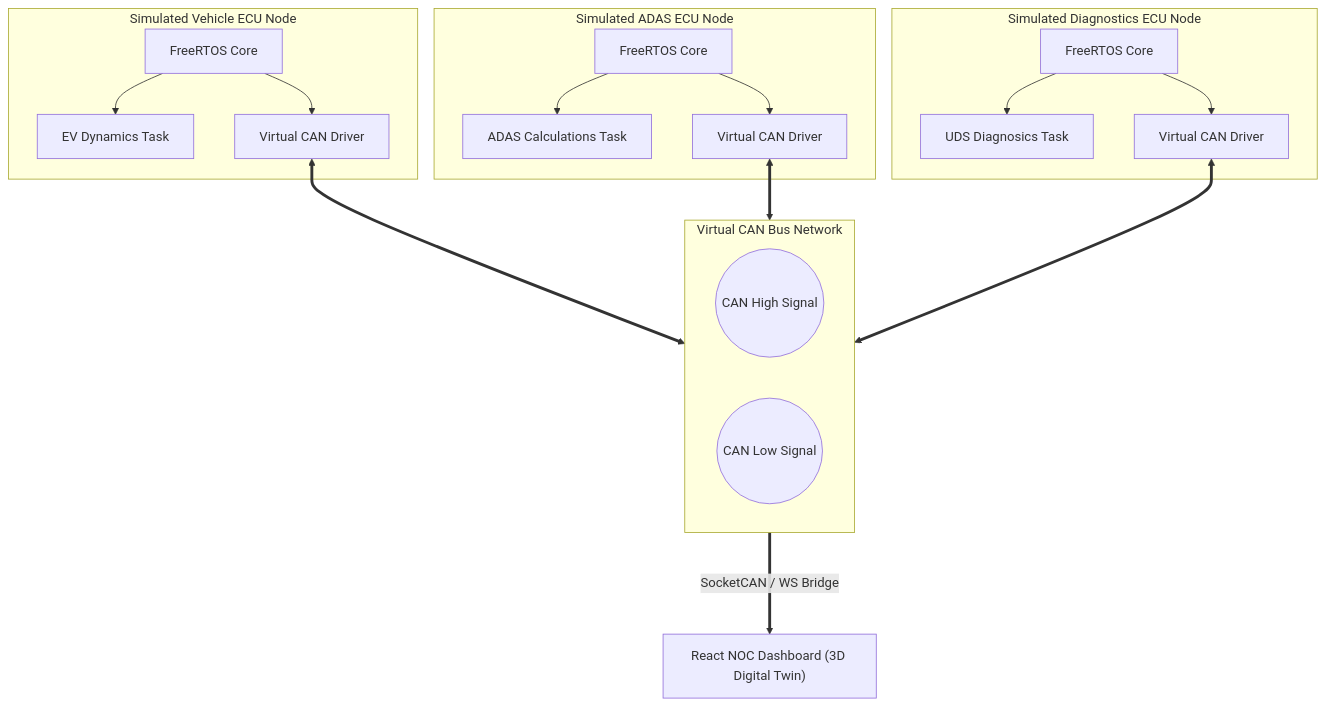
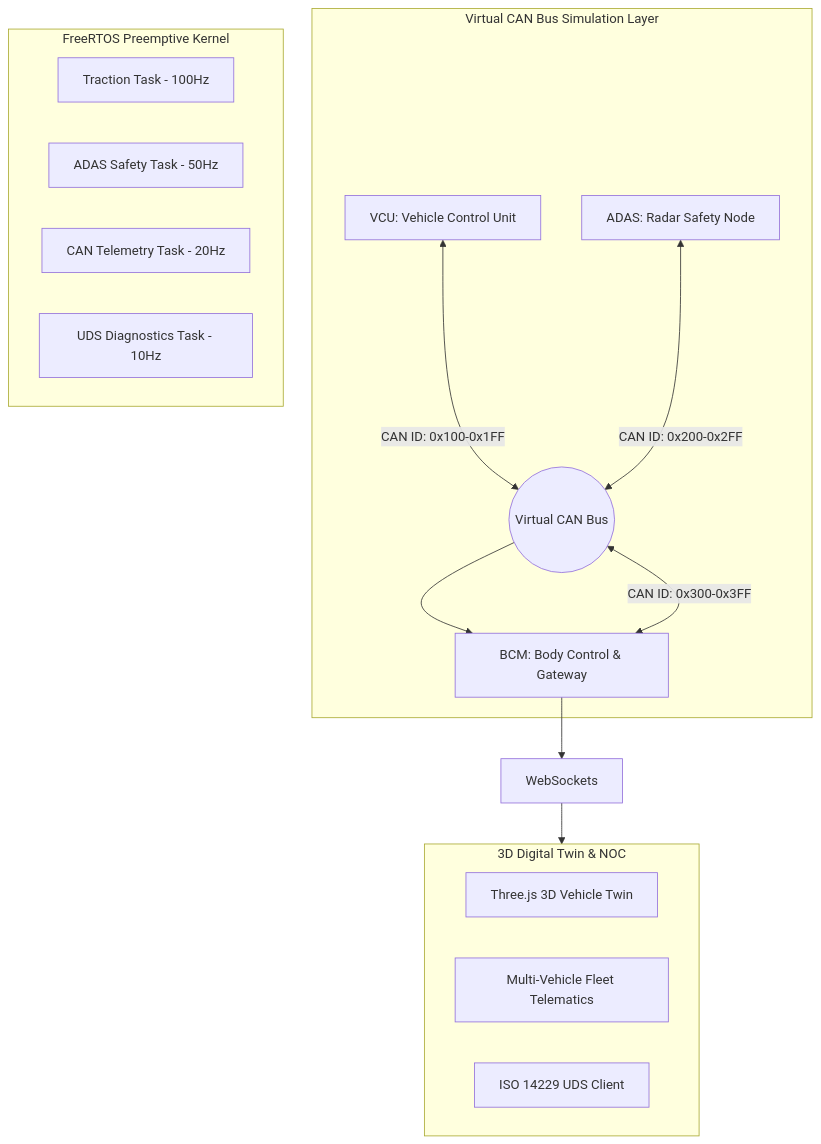
One commit to ahana4banerjee/ev_adas_dashboard changed the third of 3 diagrams in ROADMAP.md. Above: the diagram before and after it, drawn with Mermaid. The commit also changed other lines of this file, not shown here.

First line of the commit message:
docs(roadmap): update strategic evolution roadmap marking Phase 2 as completed

````diff
--- a/ROADMAP.md
+++ b/ROADMAP.md
@@ -140,36 +139,23 @@
 ```mermaid
-flowchart TB
-    subgraph V_CAN [Virtual CAN Bus Network]
-        CAN_HIGH((CAN High Signal))
-        CAN_LOW((CAN Low Signal))
+flowchart TD
+    subgraph MultiECU [Virtual CAN Bus Simulation Layer]
+        VCU[VCU: Vehicle Control Unit]
+        ADAS_ECU[ADAS: Radar Safety Node]
+        BCM[BCM: Body Control & Gateway]
+        VCU <-->|CAN ID: 0x100-0x1FF| CAN_BUS((Virtual CAN Bus))
+        ADAS_ECU <-->|CAN ID: 0x200-0x2FF| CAN_BUS
+        BCM <-->|CAN ID: 0x300-0x3FF| CAN_BUS
     end
-
-    subgraph ECU_VEH [Simulated Vehicle ECU Node]
-        RTOS1[FreeRTOS Core]
-        EV_DYN[EV Dynamics Task]
-        CAN_DRV1[Virtual CAN Driver]
-        RTOS1 --> EV_DYN & CAN_DRV1
+    subgraph OS_Layer [FreeRTOS Preemptive Kernel]
+        TASK_TRAC[Traction Task - 100Hz]
+        TASK_ADAS[ADAS Safety Task - 50Hz]
+        TASK_CAN[CAN Telemetry Task - 20Hz]
+        TASK_DIAG[UDS Diagnostics Task - 10Hz]
     end
-
-    subgraph ECU_ADAS [Simulated ADAS ECU Node]
-        RTOS2[FreeRTOS Core]
-        ADAS_TASK[ADAS Calculations Task]
-        CAN_DRV2[Virtual CAN Driver]
-        RTOS2 --> ADAS_TASK & CAN_DRV2
+    subgraph Digital_Twin [3D Digital Twin & NOC]
+        WEBGL[Three.js 3D Vehicle Twin]
+        FLEET[Multi-Vehicle Fleet Telematics]
+        UDS_CLI[ISO 14229 UDS Client]
     end
-
-    subgraph ECU_DIAG [Simulated Diagnostics ECU Node]
-        RTOS3[FreeRTOS Core]
-        UDS_TASK[UDS Diagnosics Task]
-        CAN_DRV3[Virtual CAN Driver]
-        RTOS3 --> UDS_TASK & CAN_DRV3
-    end
-
-    %% CAN Links
-    CAN_DRV1 <==> V_CAN
-    CAN_DRV2 <==> V_CAN
-    CAN_DRV3 <==> V_CAN
-
-    %% Monitor Link
-    V_CAN ===>|SocketCAN / WS Bridge| Web_NOC["React NOC Dashboard (3D Digital Twin)"]
+    CAN_BUS --> BCM --> WebSockets --> Digital_Twin
 ```
````
